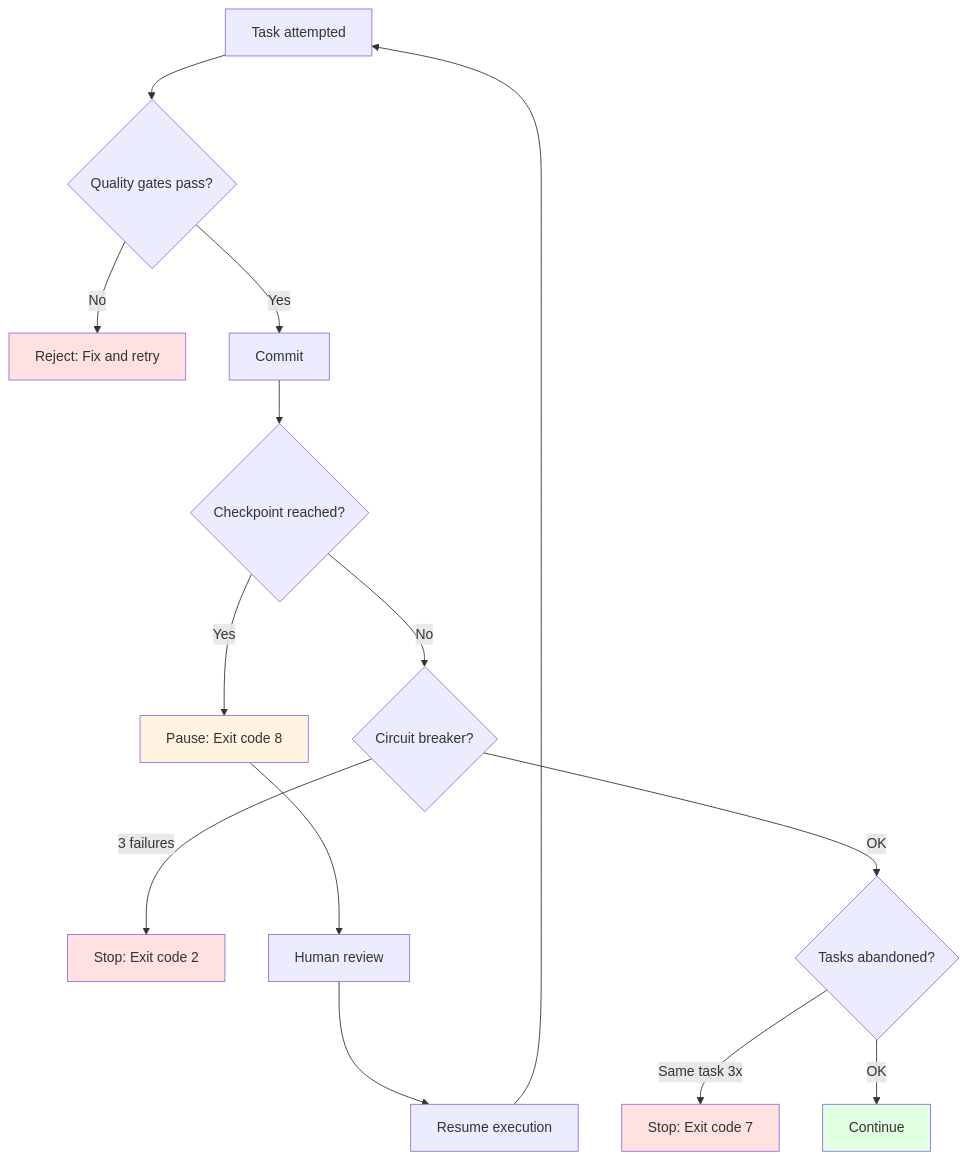
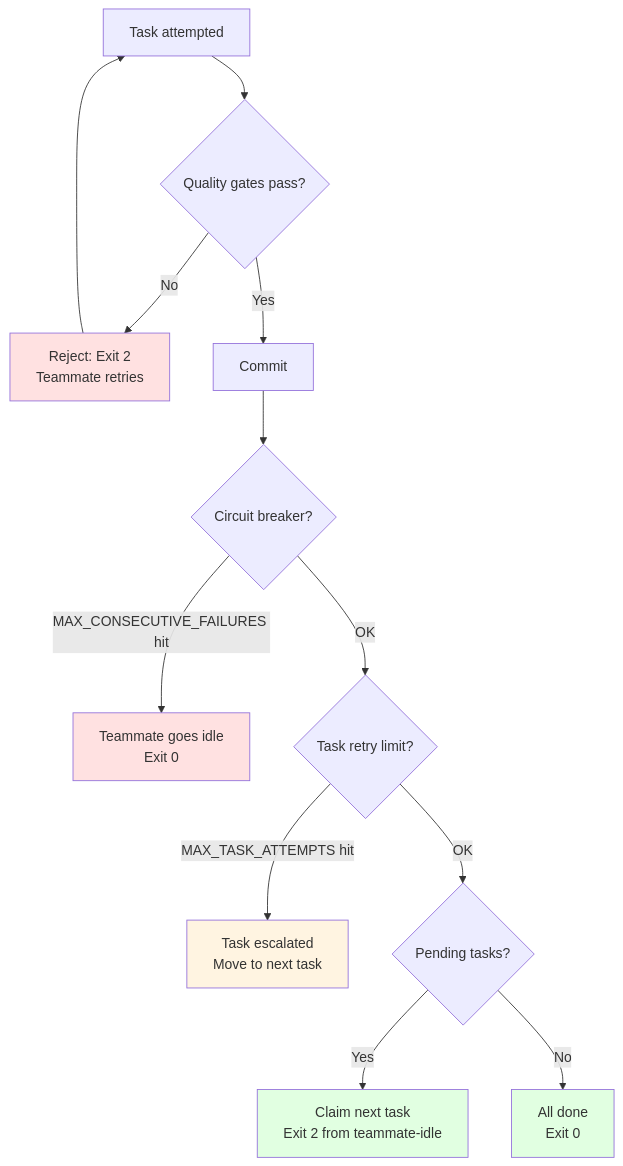
Before and after one commit to Dario-Arcos/ai-framework: the diagram in skills/ralph-orchestrator/references/backpressure.md, drawn with Mermaid. The commit also changed other lines of this file and 10 other files, not shown here.

````diff
--- a/skills/ralph-orchestrator/references/backpressure.md
+++ b/skills/ralph-orchestrator/references/backpressure.md
@@ -136,26 +89,24 @@
 ```mermaid
 graph TD
     A[Task attempted] --> B{Quality gates pass?}
-    B -->|No| C[Reject: Fix and retry]
+    B -->|No| C[Reject: Exit 2<br/>Teammate retries]
     B -->|Yes| D[Commit]
 
-    D --> E{Checkpoint reached?}
-    E -->|Yes| F[Pause: Exit code 8]
-    E -->|No| G{Circuit breaker?}
+    D --> E{Circuit breaker?}
+    E -->|MAX_CONSECUTIVE_FAILURES hit| F[Teammate goes idle<br/>Exit 0]
+    E -->|OK| G{Task retry limit?}
 
-    G -->|3 failures| H[Stop: Exit code 2]
-    G -->|OK| I{Tasks abandoned?}
+    G -->|MAX_TASK_ATTEMPTS hit| H[Task escalated<br/>Move to next task]
+    G -->|OK| I{Pending tasks?}
 
-    I -->|Same task 3x| J[Stop: Exit code 7]
-    I -->|OK| M[Continue]
+    I -->|Yes| J[Claim next task<br/>Exit 2 from teammate-idle]
+    I -->|No| K[All done<br/>Exit 0]
 
-    F --> N[Human review]
-    N --> O[Resume execution]
-    O --> A
+    C --> A
 
     style C fill:#ffe1e1
-    style F fill:#fff4e1
-    style H fill:#ffe1e1
-    style J fill:#ffe1e1
-    style M fill:#e1ffe1
+    style F fill:#ffe1e1
+    style H fill:#fff4e1
+    style K fill:#e1ffe1
+    style J fill:#e1ffe1
 ```
````
